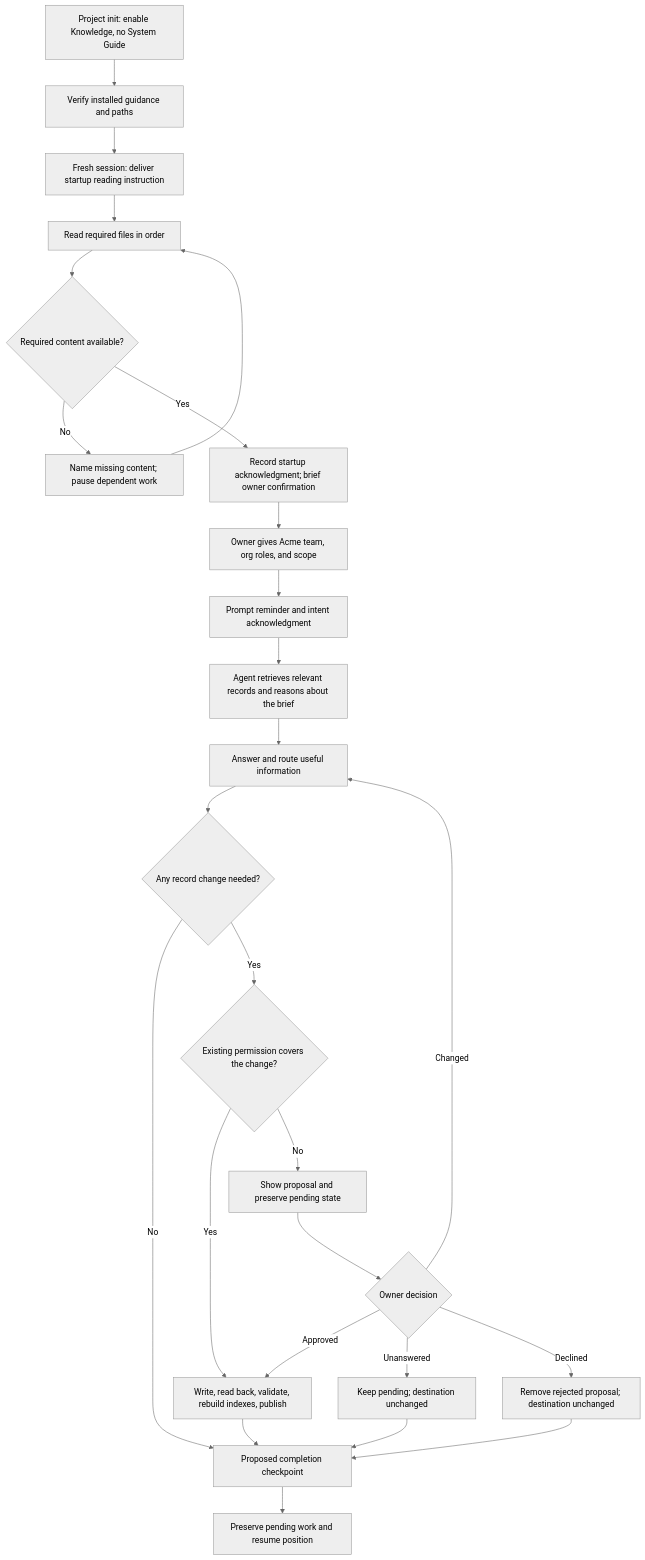
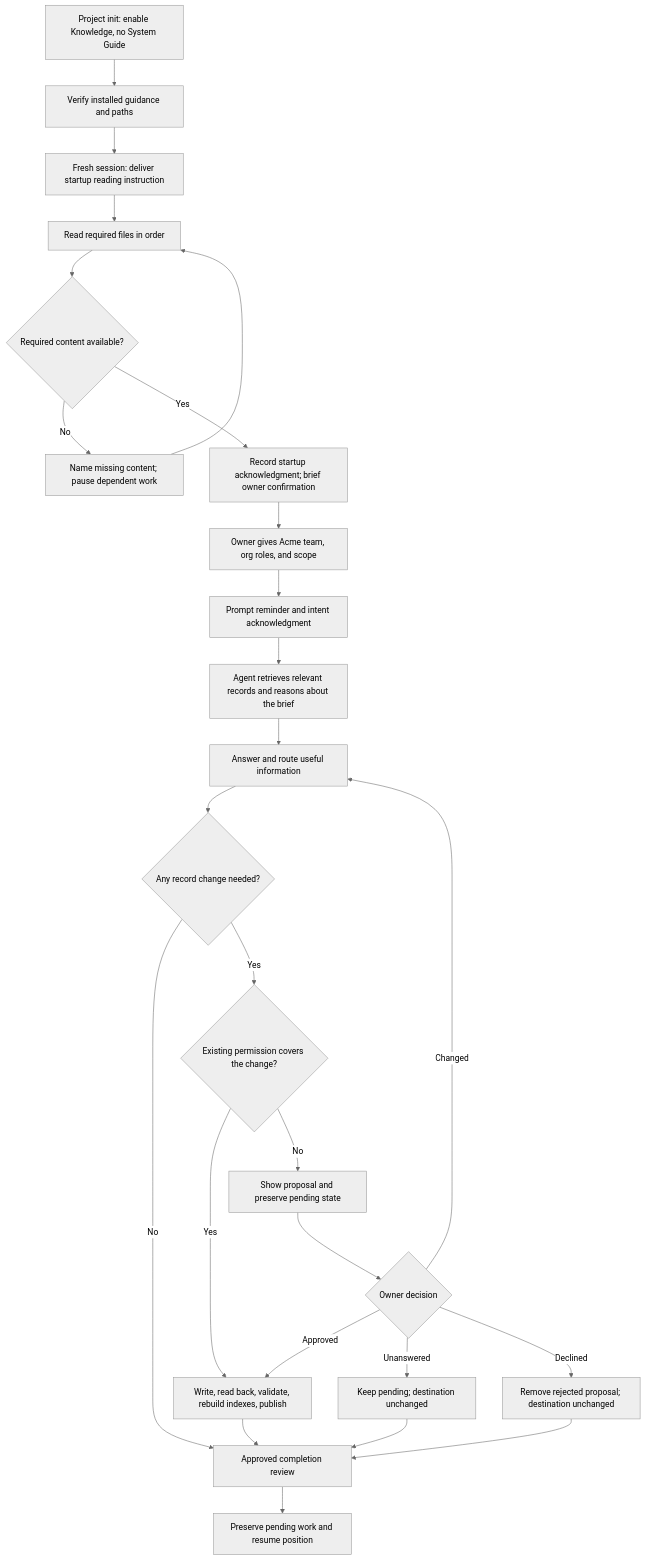
The first of 3 diagrams in docs/designs/269-knowledge-system.md (Mar5929/claude-toolkit), drawn with Mermaid (neutral theme) before and after one commit. The commit also changed other lines of this file and 2 other files, not shown here.

Commit message:
Record approval of quiet completion review

````diff
--- a/docs/designs/269-knowledge-system.md
+++ b/docs/designs/269-knowledge-system.md
@@ -214,28 +214,28 @@
 ```mermaid
 flowchart TD
   A[Project init: enable Knowledge, no System Guide] --> B[Verify installed guidance and paths]
   B --> C[Fresh session: deliver startup reading instruction]
   C --> D[Read required files in order]
   D --> E{Required content available?}
   E -- No --> F[Name missing content; pause dependent work]
   F --> D
   E -- Yes --> G[Record startup acknowledgment; brief owner confirmation]
   G --> H[Owner gives Acme team, org roles, and scope]
   H --> I[Prompt reminder and intent acknowledgment]
   I --> J[Agent retrieves relevant records and reasons about the brief]
   J --> K[Answer and route useful information]
   K --> L{Any record change needed?}
-  L -- No --> N[Proposed completion checkpoint]
+  L -- No --> N[Approved completion review]
   L -- Yes --> P{Existing permission covers the change?}
   P -- Yes --> M[Write, read back, validate, rebuild indexes, publish]
   P -- No --> Q[Show proposal and preserve pending state]
   Q --> R{Owner decision}
   R -- Approved --> M
   R -- Changed --> K
   R -- Unanswered --> S[Keep pending; destination unchanged]
   R -- Declined --> T[Remove rejected proposal; destination unchanged]
   S --> N
   T --> N
   M --> N
   N --> O[Preserve pending work and resume position]
 ```
````
